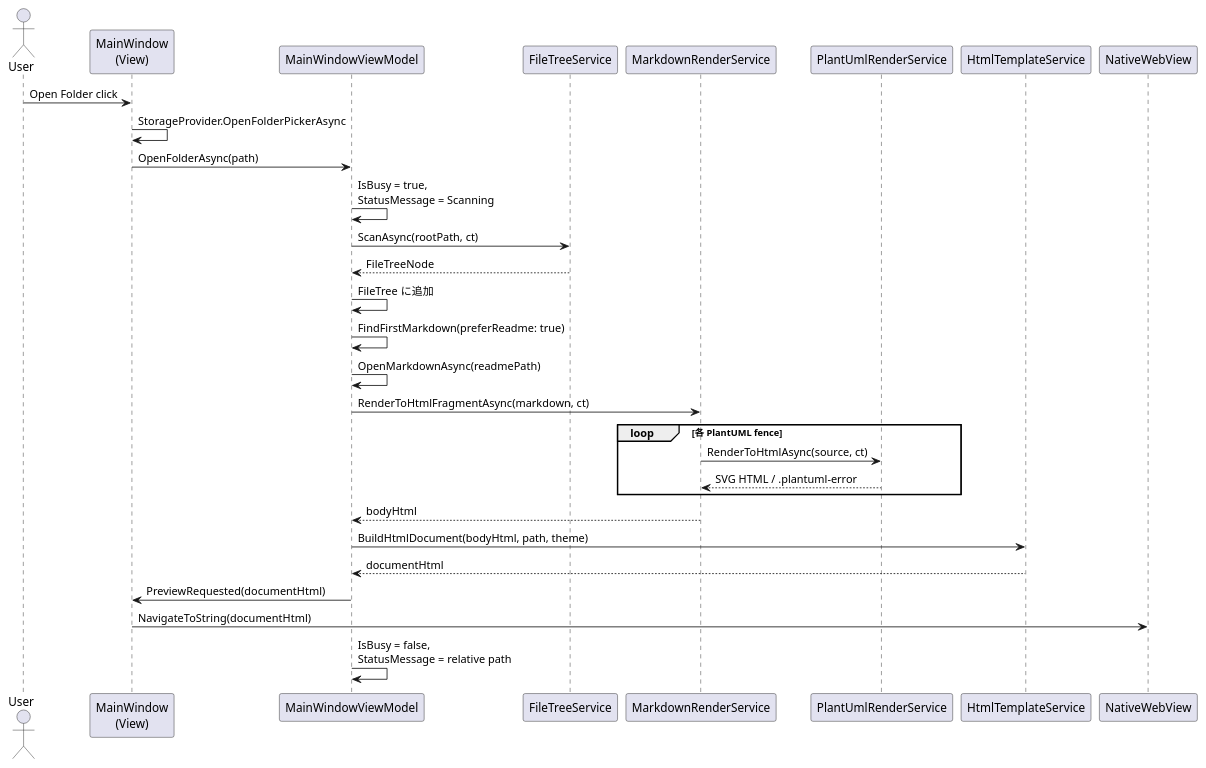
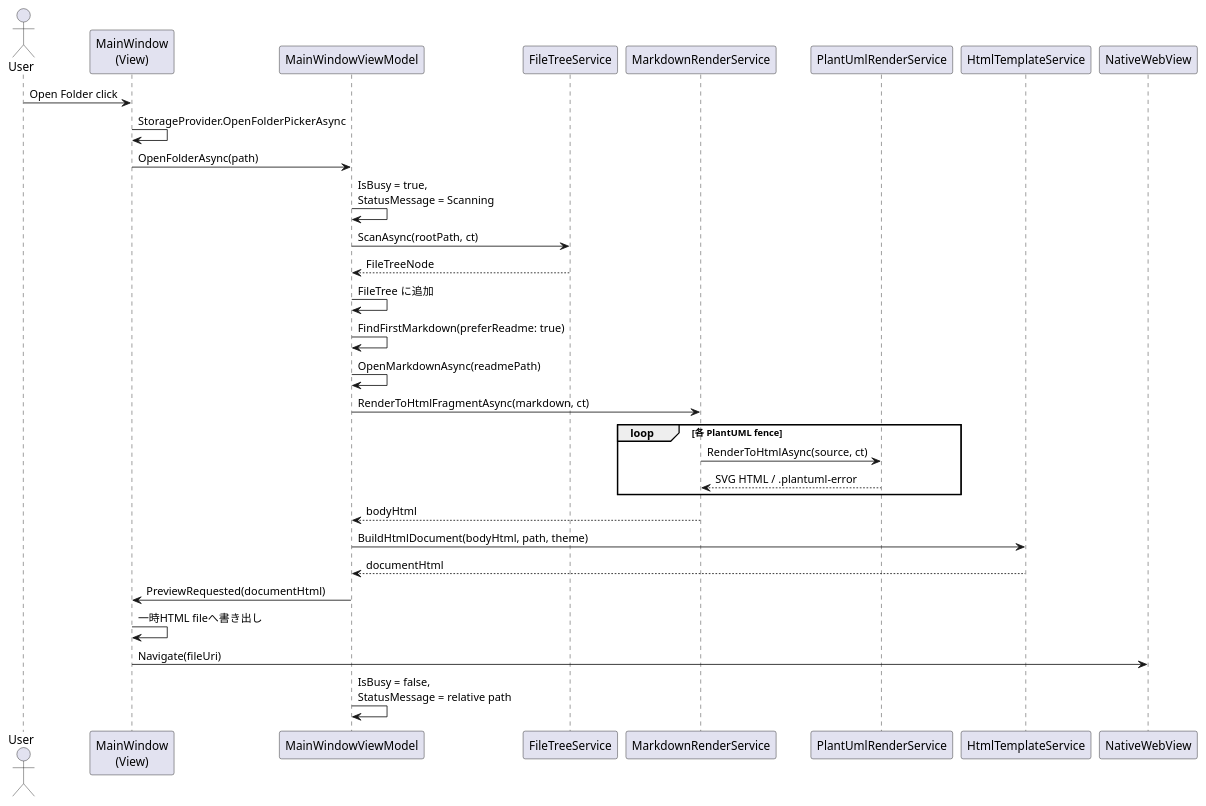
One commit to an-embedded-engineer/MarkdownViewer changed the second of 4 diagrams in docs/components/avalonia_viewer/detail_design.md. Above: the diagram before and after it, drawn with PlantUML. The commit also changed other lines of this file and 4 other files, not shown here.

````diff
--- a/docs/components/avalonia_viewer/detail_design.md
+++ b/docs/components/avalonia_viewer/detail_design.md
@@ -112,34 +112,35 @@
 ```plantuml
 @startuml
 skinparam shadowing false
 actor User
 participant "MainWindow\n(View)" as V
 participant "MainWindowViewModel" as VM
 participant "FileTreeService" as FTS
 participant "MarkdownRenderService" as MRS
 participant "PlantUmlRenderService" as PRS
 participant "HtmlTemplateService" as HTS
 participant "NativeWebView" as WV
 
 User -> V : Open Folder click
 V -> V : StorageProvider.OpenFolderPickerAsync
 V -> VM : OpenFolderAsync(path)
 VM -> VM : IsBusy = true,\nStatusMessage = Scanning
 VM -> FTS : ScanAsync(rootPath, ct)
 FTS --> VM : FileTreeNode
 VM -> VM : FileTree に追加
 VM -> VM : FindFirstMarkdown(preferReadme: true)
 VM -> VM : OpenMarkdownAsync(readmePath)
 VM -> MRS : RenderToHtmlFragmentAsync(markdown, ct)
 loop 各 PlantUML fence
   MRS -> PRS : RenderToHtmlAsync(source, ct)
   PRS --> MRS : SVG HTML / .plantuml-error
 end
 MRS --> VM : bodyHtml
 VM -> HTS : BuildHtmlDocument(bodyHtml, path, theme)
 HTS --> VM : documentHtml
 VM -> V : PreviewRequested(documentHtml)
-V -> WV : NavigateToString(documentHtml)
+V -> V : 一時HTML fileへ書き出し
+V -> WV : Navigate(fileUri)
 VM -> VM : IsBusy = false,\nStatusMessage = relative path
 @enduml
 ```
````
